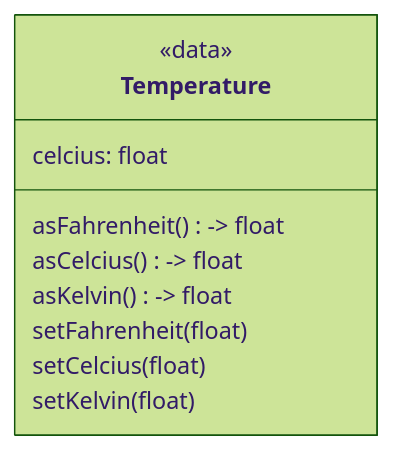
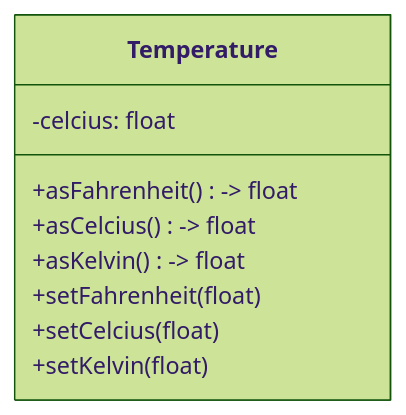
Before and after one commit to chuckmccullough85/IntroductionToCppTTCP2000: the diagram in Labs/FirstClass/Readme.md, drawn with Mermaid (forest theme). The commit also changed other lines of this file and 102 other files, not shown here.

````diff
--- a/Labs/FirstClass/Readme.md
+++ b/Labs/FirstClass/Readme.md
@@ -21,14 +21,12 @@
 ```mermaid
 classDiagram
     class Temperature {
-        <<data>>
-        celcius: float
-        <<methods>>
-        asFahrenheit() -> float
-        asCelcius() -> float
-        asKelvin() -> float
-        setFahrenheit(float)
-        setCelcius(float)
-        setKelvin(float)
+        -celcius: float
+        +asFahrenheit() -> float
+        +asCelcius() -> float
+        +asKelvin() -> float
+        +setFahrenheit(float)
+        +setCelcius(float)
+        +setKelvin(float)
     }
 ```
````
